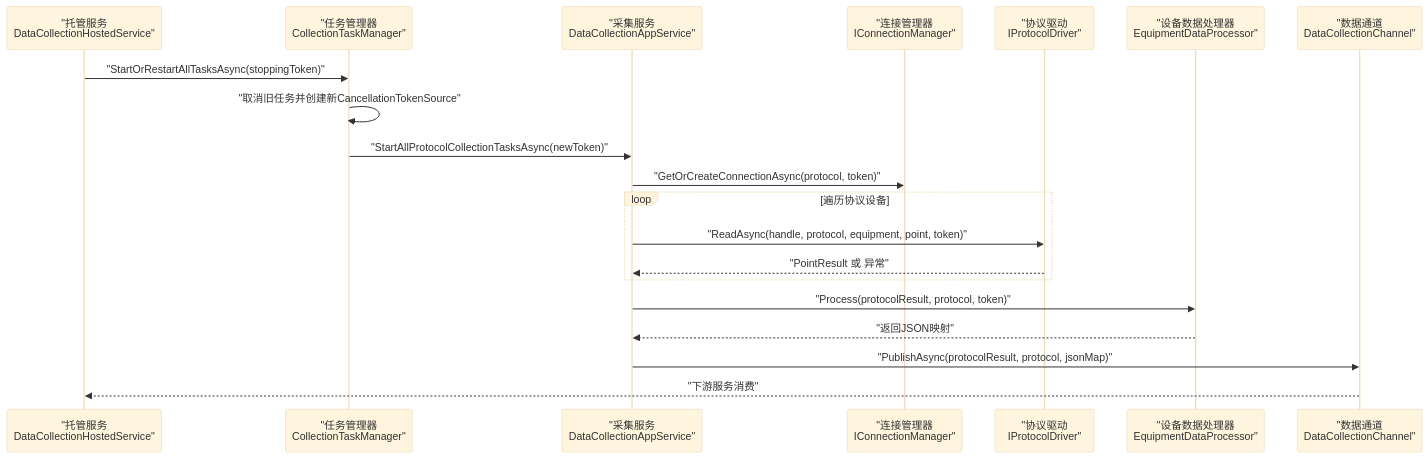
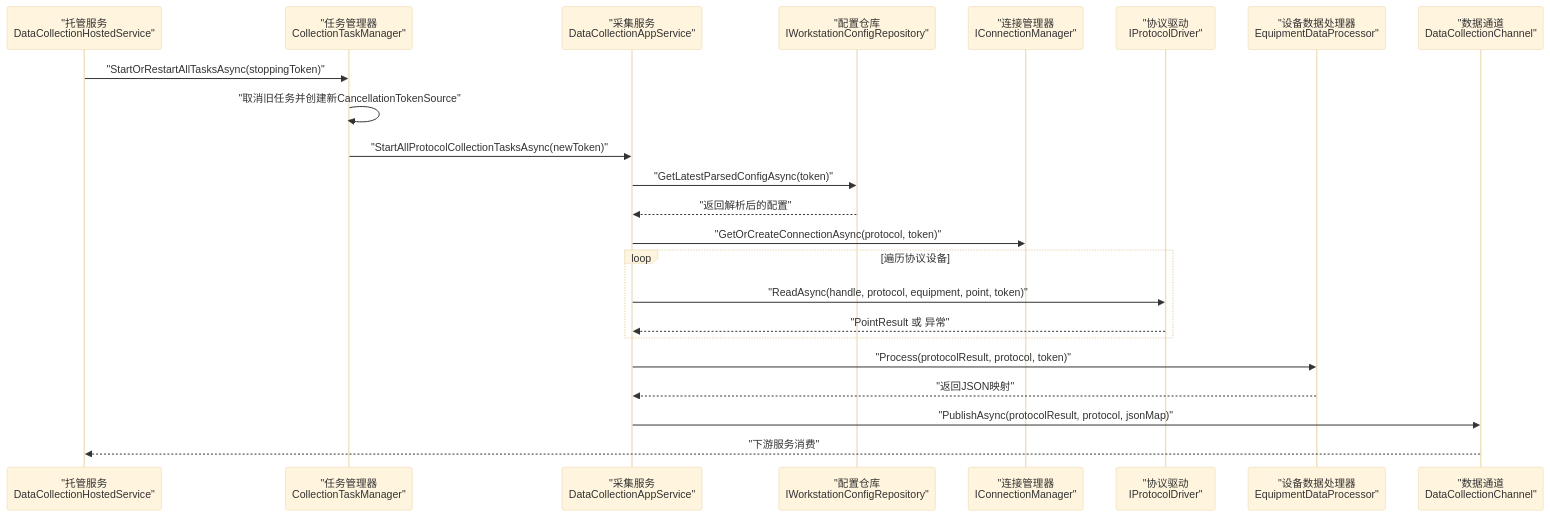
The second of 6 diagrams in .qoder/repowiki/zh/content/应用服务层/数据采集服务.md (whitemousetl/IndustrialDataSolution), drawn with Mermaid (base theme) before and after one commit. The commit also changed other lines of this file and 18 other files, not shown here.

````diff
--- a/.qoder/repowiki/zh/content/应用服务层/数据采集服务.md
+++ b/.qoder/repowiki/zh/content/应用服务层/数据采集服务.md
@@ -123,22 +132,25 @@
 ```mermaid
 sequenceDiagram
 participant Host as "托管服务<br/>DataCollectionHostedService"
 participant Manager as "任务管理器<br/>CollectionTaskManager"
 participant AppSvc as "采集服务<br/>DataCollectionAppService"
+participant Repo as "配置仓库<br/>IWorkstationConfigRepository"
 participant Conn as "连接管理器<br/>IConnectionManager"
 participant Driver as "协议驱动<br/>IProtocolDriver"
 participant Proc as "设备数据处理器<br/>EquipmentDataProcessor"
 participant Channel as "数据通道<br/>DataCollectionChannel"
 Host->>Manager : "StartOrRestartAllTasksAsync(stoppingToken)"
 Manager->>Manager : "取消旧任务并创建新CancellationTokenSource"
 Manager->>AppSvc : "StartAllProtocolCollectionTasksAsync(newToken)"
+AppSvc->>Repo : "GetLatestParsedConfigAsync(token)"
+Repo-->>AppSvc : "返回解析后的配置"
 AppSvc->>Conn : "GetOrCreateConnectionAsync(protocol, token)"
 loop 遍历协议设备
 AppSvc->>Driver : "ReadAsync(handle, protocol, equipment, point, token)"
 Driver-->>AppSvc : "PointResult 或 异常"
 end
 AppSvc->>Proc : "Process(protocolResult, protocol, token)"
 Proc-->>AppSvc : "返回JSON映射"
 AppSvc->>Channel : "PublishAsync(protocolResult, protocol, jsonMap)"
 Channel-->>Host : "下游服务消费"
 ```
````
